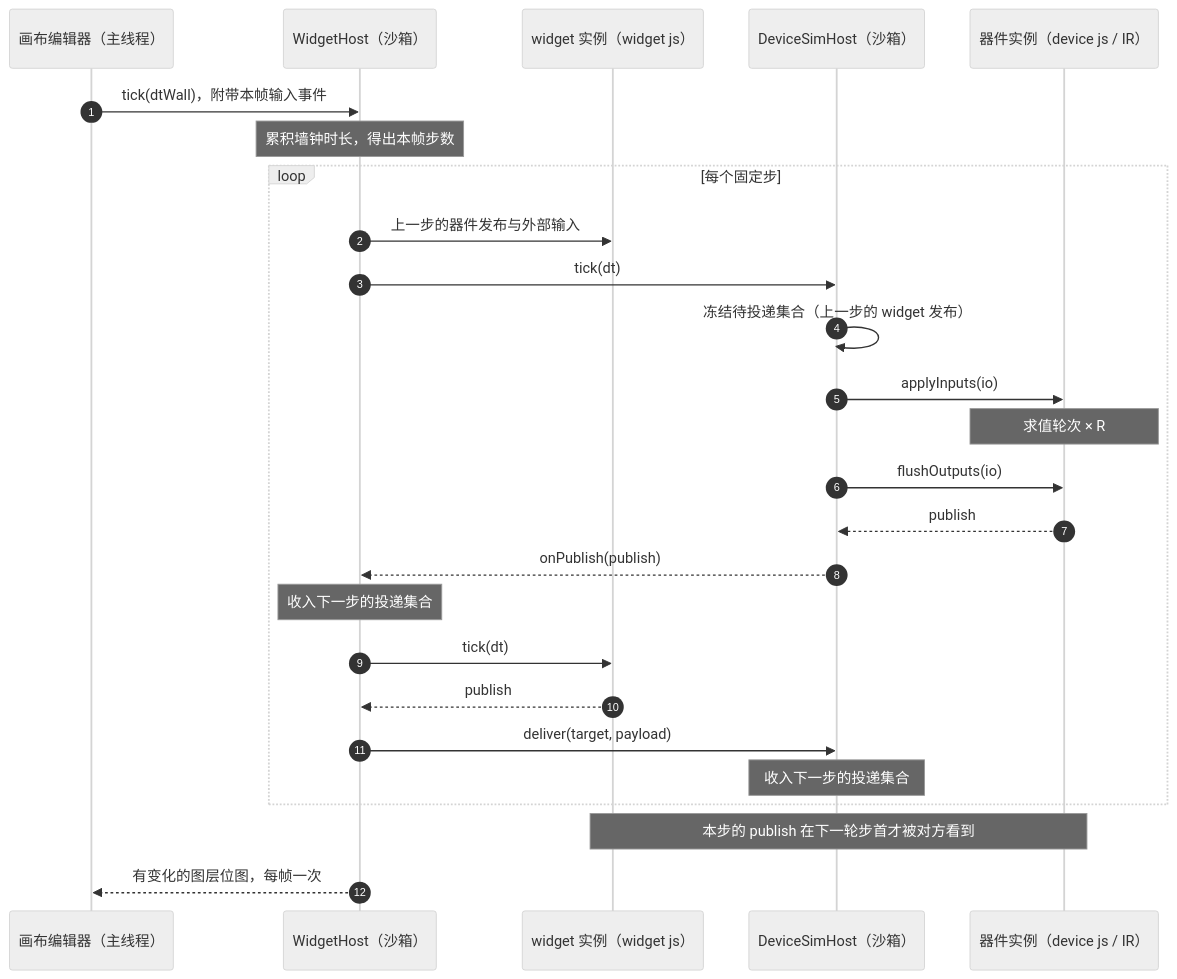
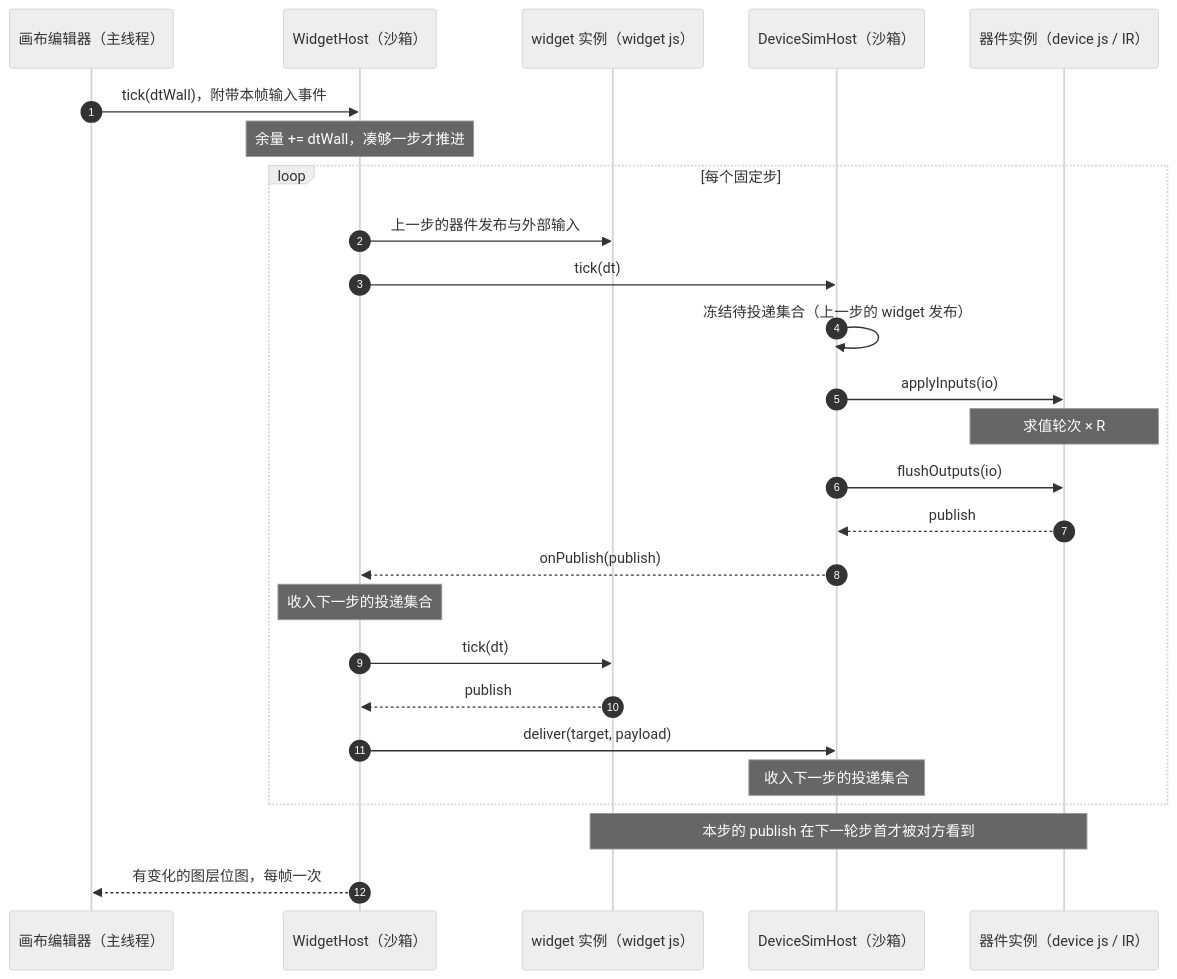
One commit to x-botlab/mica-js changed the diagram in docs/rfc/0018-canvas-runtime.md. Above: the diagram before and after it, drawn with Mermaid (neutral theme). The commit also changed other lines of this file, not shown here.

````diff
--- a/docs/rfc/0018-canvas-runtime.md
+++ b/docs/rfc/0018-canvas-runtime.md
@@ -124,31 +134,31 @@
 ```mermaid
 sequenceDiagram
     autonumber
     participant E as 画布编辑器（主线程）
     participant WH as WidgetHost（沙箱）
     participant WJ as widget 实例（widget js）
     participant DS as DeviceSimHost（沙箱）
     participant DJ as 器件实例（device js / IR）
 
     E->>WH: tick(dtWall)，附带本帧输入事件
-    Note over WH: 累积墙钟时长，得出本帧步数
+    Note over WH: 余量 += dtWall，凑够一步才推进
 
     loop 每个固定步
         WH->>WJ: 上一步的器件发布与外部输入
         WH->>DS: tick(dt)
         DS->>DS: 冻结待投递集合（上一步的 widget 发布）
         DS->>DJ: applyInputs(io)
         Note over DJ: 求值轮次 × R
         DS->>DJ: flushOutputs(io)
         DJ-->>DS: publish
         DS-->>WH: onPublish(publish)
         Note over WH: 收入下一步的投递集合
         WH->>WJ: tick(dt)
         WJ-->>WH: publish
         WH->>DS: deliver(target, payload)
         Note over DS: 收入下一步的投递集合
     end
 
     Note over WJ,DJ: 本步的 publish 在下一轮步首才被对方看到
     WH-->>E: 有变化的图层位图，每帧一次
 ```
````
